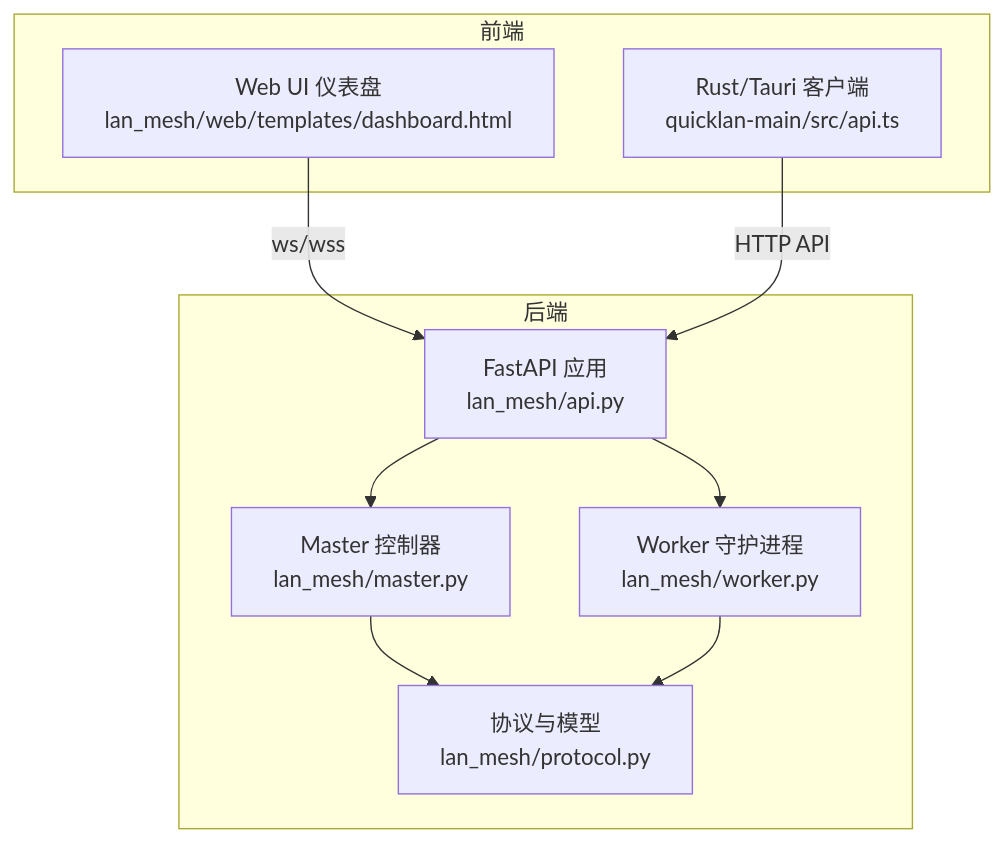
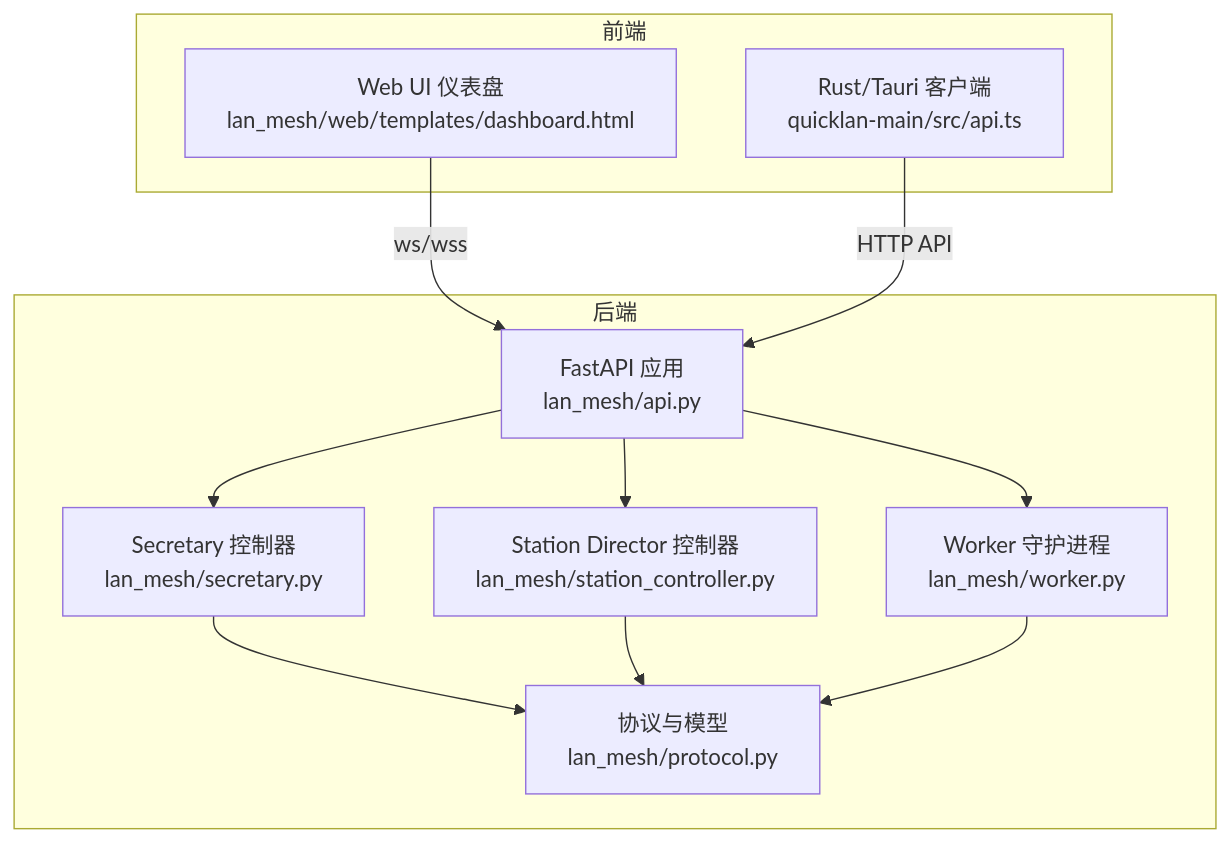
One commit to targalian/Personal-distributed-workstation changed the first of 3 diagrams in .qoder/repowiki/zh/content/WebSocket 实时通信.md. Above: the diagram before and after it, drawn with Mermaid. The commit also changed other lines of this file and 117 other files, not shown here.

````diff
--- a/.qoder/repowiki/zh/content/WebSocket 实时通信.md
+++ b/.qoder/repowiki/zh/content/WebSocket 实时通信.md
@@ -40,19 +49,22 @@
 ```mermaid
 graph TB
 subgraph "后端"
 A["FastAPI 应用<br/>lan_mesh/api.py"]
-B["Master 控制器<br/>lan_mesh/master.py"]
-C["Worker 守护进程<br/>lan_mesh/worker.py"]
-D["协议与模型<br/>lan_mesh/protocol.py"]
+B["Secretary 控制器<br/>lan_mesh/secretary.py"]
+C["Station Director 控制器<br/>lan_mesh/station_controller.py"]
+D["Worker 守护进程<br/>lan_mesh/worker.py"]
+E["协议与模型<br/>lan_mesh/protocol.py"]
 end
 subgraph "前端"
-E["Web UI 仪表盘<br/>lan_mesh/web/templates/dashboard.html"]
-F["Rust/Tauri 客户端<br/>quicklan-main/src/api.ts"]
+F["Web UI 仪表盘<br/>lan_mesh/web/templates/dashboard.html"]
+G["Rust/Tauri 客户端<br/>quicklan-main/src/api.ts"]
 end
 A --> B
 A --> C
-B --> D
-C --> D
-E --> |"ws/wss"| A
-F --> |"HTTP API"| A
+A --> D
+B --> E
+C --> E
+D --> E
+F --> |"ws/wss"| A
+G --> |"HTTP API"| A
 ```
````
